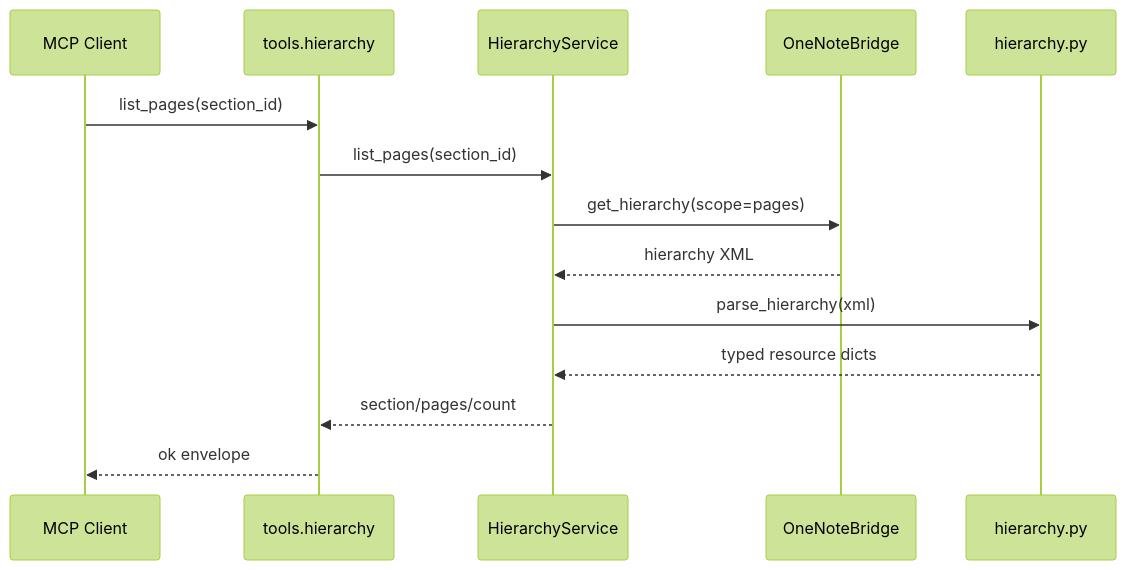
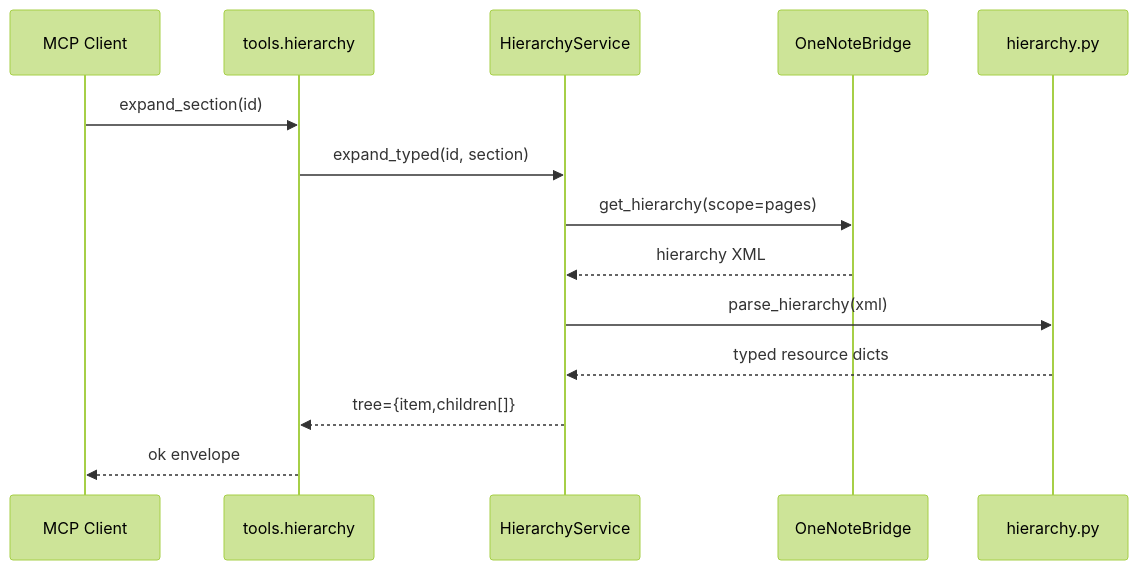
One commit to Kaomsos/onenote-com-mcp changed the fifth of 6 diagrams in docs/design/architecture.md. Above: the diagram before and after it, drawn with Mermaid (forest theme). The commit also changed other lines of this file and 44 other files, not shown here.

Commit message:
feat: add hierarchy list and expand tools

````diff
--- a/docs/design/architecture.md
+++ b/docs/design/architecture.md
@@ -338,17 +338,17 @@
 ```mermaid
 sequenceDiagram
     participant C as MCP Client
     participant T as tools.hierarchy
     participant S as HierarchyService
     participant B as OneNoteBridge
     participant H as hierarchy.py
 
-    C->>T: list_pages(section_id)
-    T->>S: list_pages(section_id)
+    C->>T: expand_section(id)
+    T->>S: expand_typed(id, section)
     S->>B: get_hierarchy(scope=pages)
     B-->>S: hierarchy XML
     S->>H: parse_hierarchy(xml)
     H-->>S: typed resource dicts
-    S-->>T: section/pages/count
+    S-->>T: tree={item,children[]}
     T-->>C: ok envelope
 ```
````
